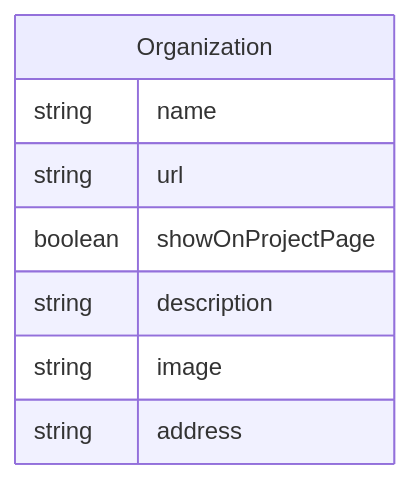
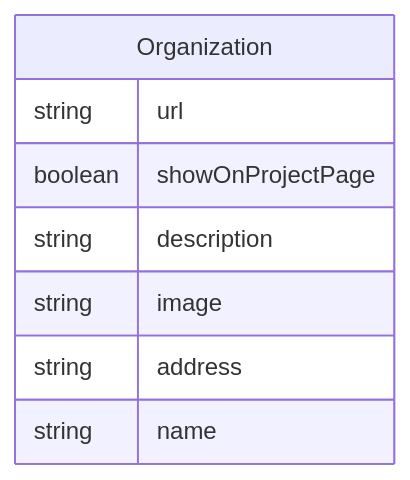
One commit to regen-network/regen-data-standards changed the diagram in schema/generated/Organization.md. Above: the diagram before and after it, drawn with Mermaid. The commit also changed other lines of this file and 15 other files, not shown here.

````diff
--- a/schema/generated/Organization.md
+++ b/schema/generated/Organization.md
@@ -11,14 +11,14 @@
 ```mermaid
 erDiagram
 Organization {
-    string name  
     string url  
     boolean showOnProjectPage  
     string description  
     string image  
     string address  
+    string name  
 }
 
 
 
 ```
````
